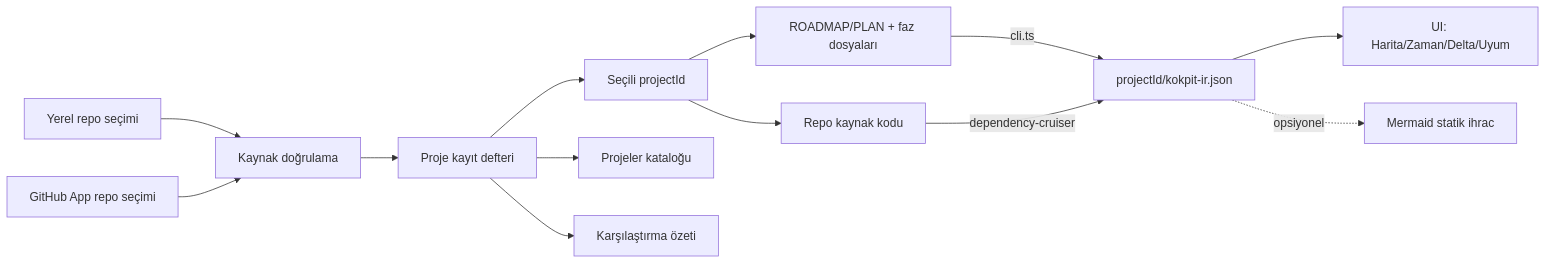
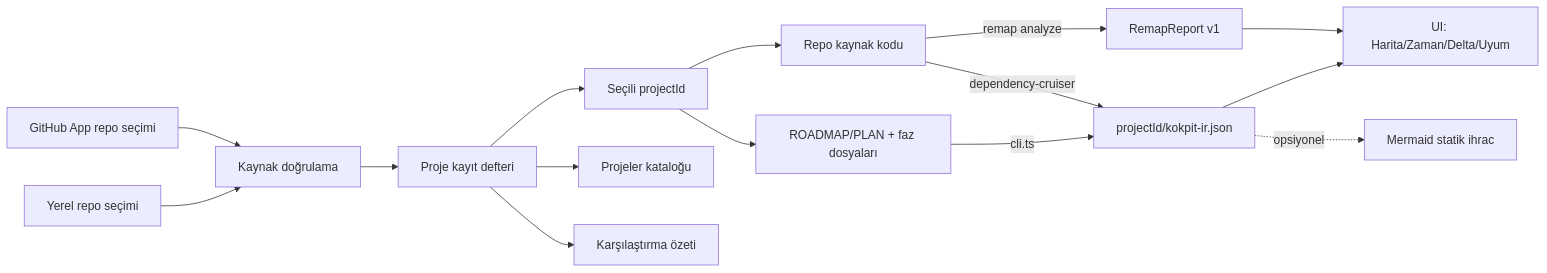
Before and after one commit to gyildiz21/KokpitPro: the diagram in UI-SPEC.md, drawn with Mermaid. The commit also changed other lines of this file and 3 other files, not shown here.

````diff
--- a/UI-SPEC.md
+++ b/UI-SPEC.md
@@ -254,15 +256,17 @@
 ```mermaid
 graph LR
     A[Yerel repo seçimi] --> V[Kaynak doğrulama]
     G[GitHub App repo seçimi] --> V
     V --> R[Proje kayıt defteri]
     R --> S[Seçili projectId]
     S --> P[ROADMAP/PLAN + faz dosyaları]
     S --> C[Repo kaynak kodu]
     P -->|cli.ts| B[projectId/kokpit-ir.json]
     C -->|dependency-cruiser| B
+    C -->|remap analyze| M[RemapReport v1]
     B --> D[UI: Harita/Zaman/Delta/Uyum]
+    M --> D
     R --> K[Projeler kataloğu]
     R --> O[Karşılaştırma özeti]
     B -.opsiyonel.-> E[Mermaid statik ihrac]
 ```
````
